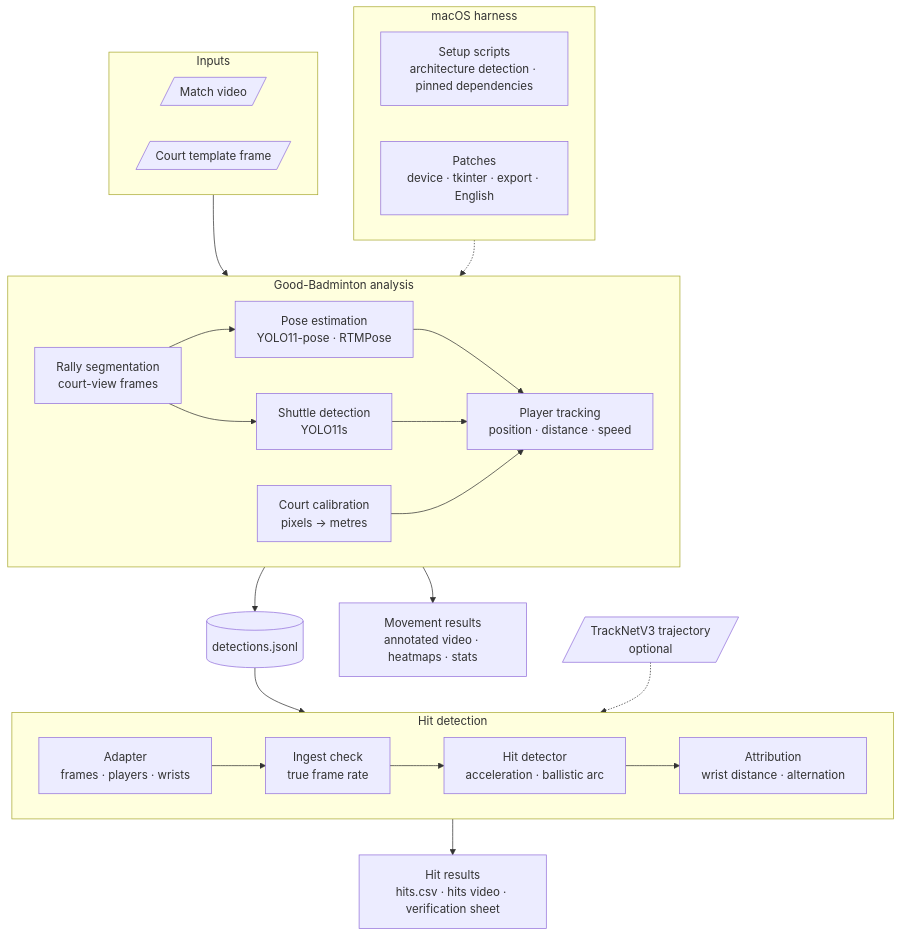
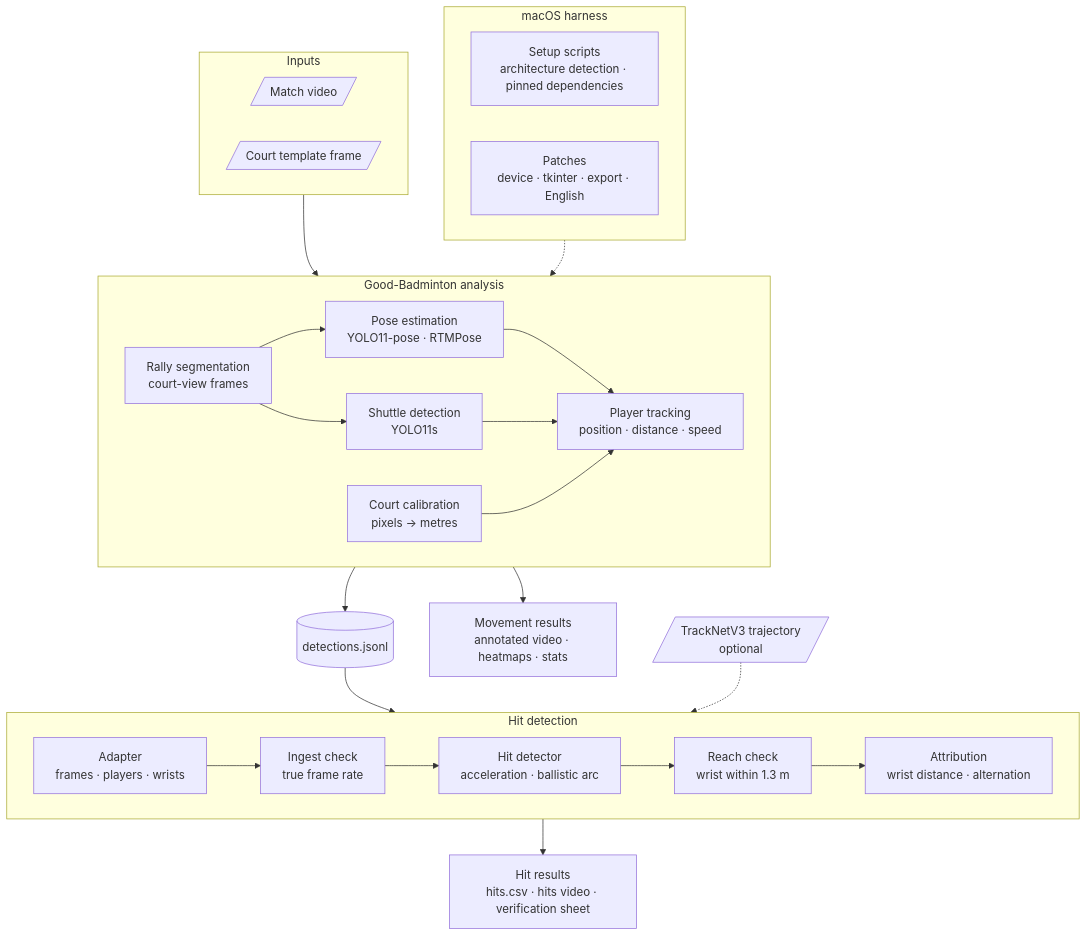
Before and after one commit to EWStudio/BadmintonAI: the diagram in README.md, drawn with Mermaid. The commit also changed other lines of this file and 20 other files, not shown here.

````diff
--- a/README.md
+++ b/README.md
@@ -90,39 +92,39 @@
 ```mermaid
 flowchart TB
     subgraph IN["Inputs"]
         direction LR
         V[/"Match video"/]
         TP[/"Court template frame"/]
     end
 
     subgraph MH["macOS harness"]
         direction LR
         SU["Setup scripts<br/>architecture detection · pinned dependencies"]
         PA["Patches<br/>device · tkinter · export · English"]
     end
 
     subgraph GB["Good-Badminton analysis"]
         direction LR
         R["Rally segmentation<br/>court-view frames"] --> P["Pose estimation<br/>YOLO11-pose · RTMPose"] & S["Shuttle detection<br/>YOLO11s"]
         P & S --> T["Player tracking<br/>position · distance · speed"]
         C["Court calibration<br/>pixels → metres"] --> T
     end
 
     J[("detections.jsonl")]
     O1["Movement results<br/>annotated video · heatmaps · stats"]
     TN[/"TrackNetV3 trajectory<br/>optional"/]
 
     subgraph HD["Hit detection"]
         direction LR
-        A["Adapter<br/>frames · players · wrists"] --> I["Ingest check<br/>true frame rate"] --> D["Hit detector<br/>acceleration · ballistic arc"] --> AT["Attribution<br/>wrist distance · alternation"]
+        A["Adapter<br/>frames · players · wrists"] --> I["Ingest check<br/>true frame rate"] --> D["Hit detector<br/>acceleration · ballistic arc"] --> RC["Reach check<br/>wrist within 1.3 m"] --> AT["Attribution<br/>wrist distance · alternation"]
     end
 
     O2["Hit results<br/>hits.csv · hits video · verification sheet"]
 
     IN --> GB
     MH -.-> GB
     GB --> J & O1
     J --> HD
     TN -.-> HD
     HD --> O2
 ```
````
